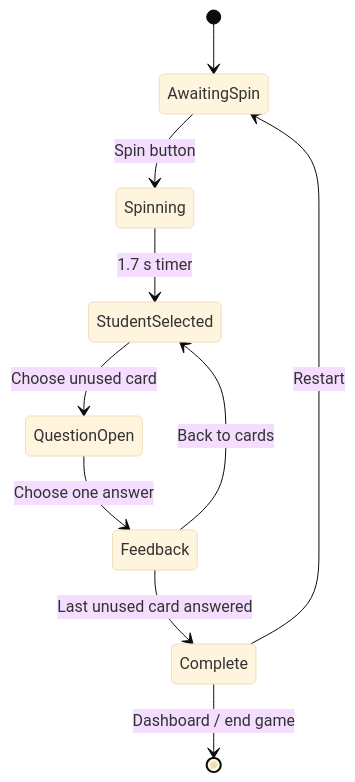
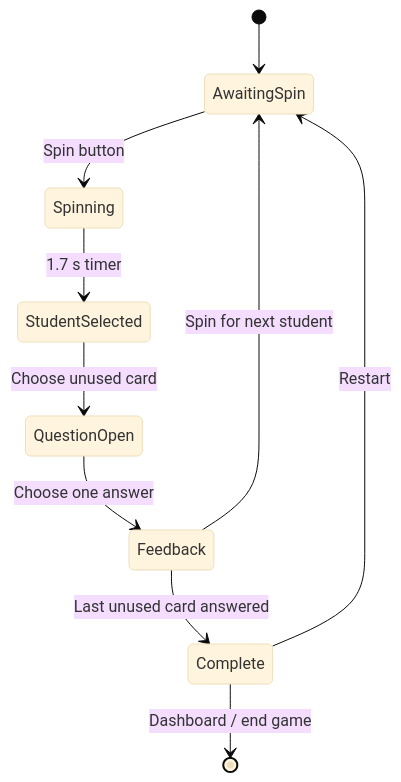
One commit to khinmyatthu2193/JoyHub changed the second of 2 diagrams in docs/GAME_FLOW.md. Above: the diagram before and after it, drawn with Mermaid (base theme). The commit also changed other lines of this file and 4 other files, not shown here.

Commit message:
feat: guide classroom round flow

````diff
--- a/docs/GAME_FLOW.md
+++ b/docs/GAME_FLOW.md
@@ -26,12 +26,12 @@
 ```mermaid
 stateDiagram-v2
   [*] --> AwaitingSpin
   AwaitingSpin --> Spinning: Spin button
   Spinning --> StudentSelected: 1.7 s timer
   StudentSelected --> QuestionOpen: Choose unused card
   QuestionOpen --> Feedback: Choose one answer
-  Feedback --> StudentSelected: Back to cards
+  Feedback --> AwaitingSpin: Spin for next student
   Feedback --> Complete: Last unused card answered
   Complete --> AwaitingSpin: Restart
   Complete --> [*]: Dashboard / end game
 ```
````
